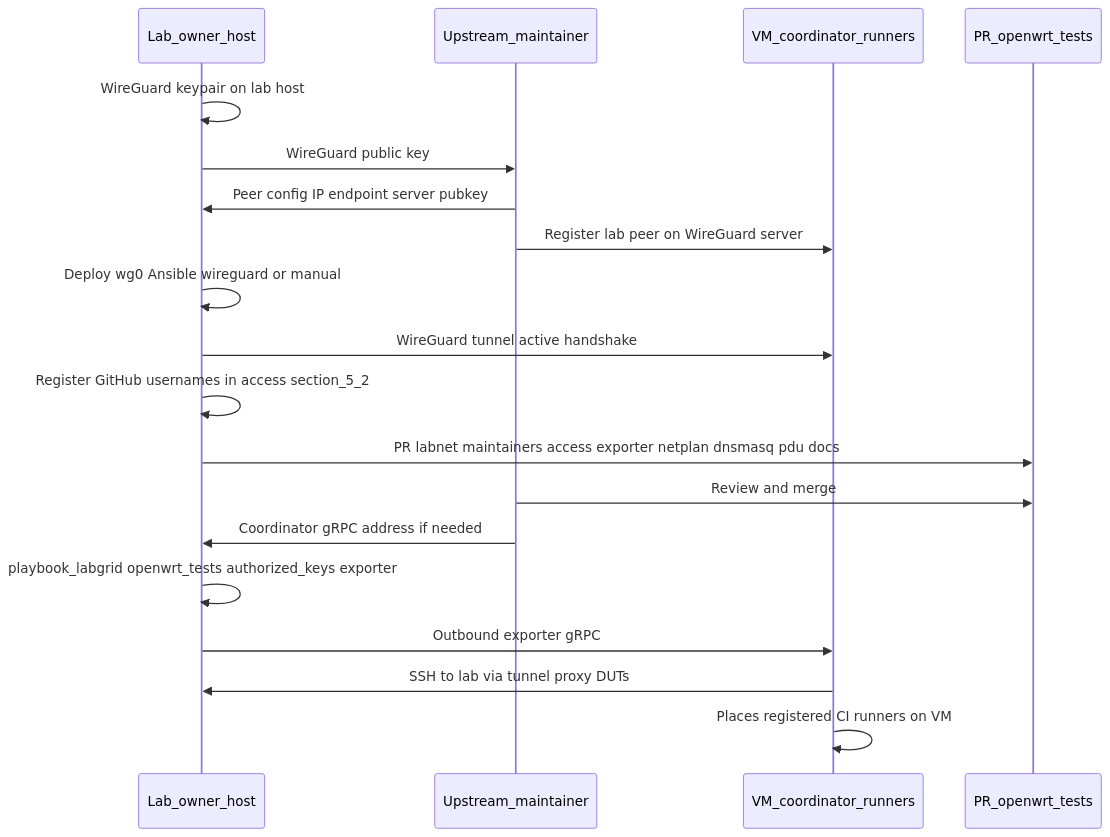
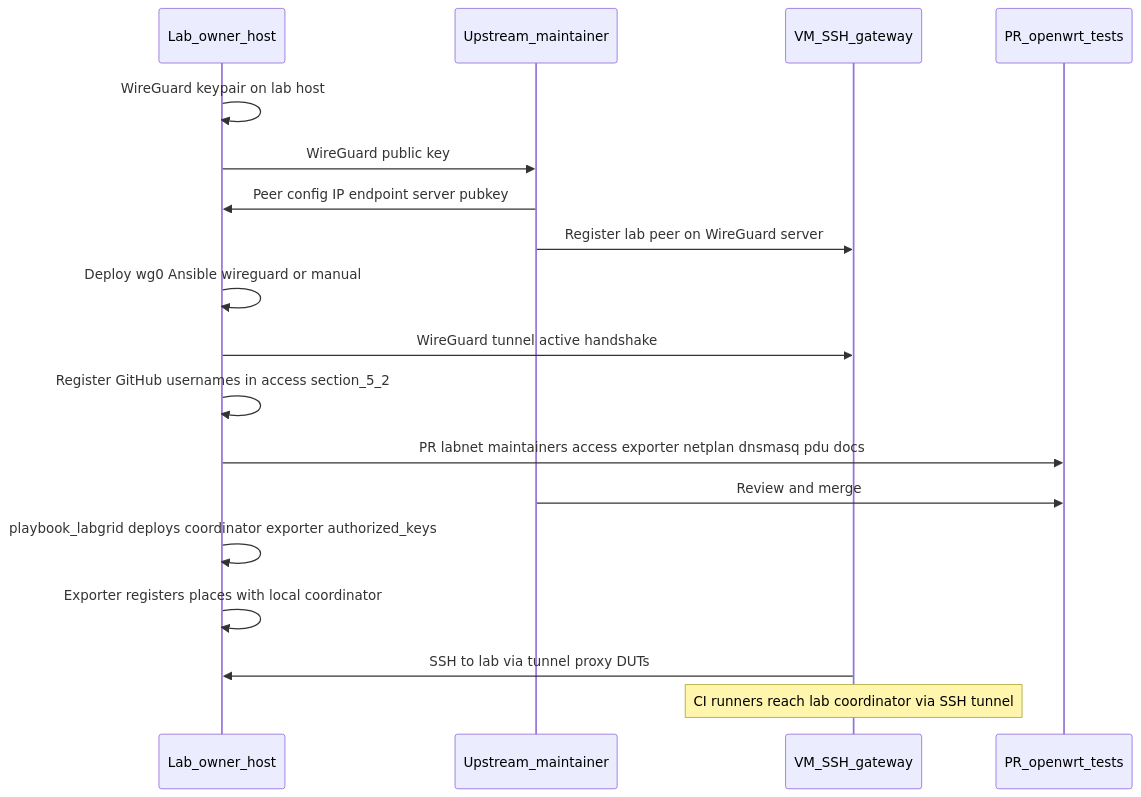
Before and after one commit to ccasanueva7/fcefyn_testbed_utils: the second of 2 diagrams in docs/diseno/openwrt-tests-onboarding.md, drawn with Mermaid. The commit also changed other lines of this file and 9 other files, not shown here.

````diff
--- a/docs/diseno/openwrt-tests-onboarding.md
+++ b/docs/diseno/openwrt-tests-onboarding.md
@@ -186,22 +193,21 @@
 ```mermaid
 sequenceDiagram
     participant Lab as Lab_owner_host
     participant Maint as Upstream_maintainer
-    participant DC as VM_coordinator_runners
+    participant DC as VM_SSH_gateway
     participant PR as PR_openwrt_tests
 
     Lab->>Lab: WireGuard keypair on lab host
     Lab->>Maint: WireGuard public key
     Maint->>Lab: Peer config IP endpoint server pubkey
     Maint->>DC: Register lab peer on WireGuard server
     Lab->>Lab: Deploy wg0 Ansible wireguard or manual
     Lab->>DC: WireGuard tunnel active handshake
     Lab->>Lab: Register GitHub usernames in access section_5_2
     Lab->>PR: PR labnet maintainers access exporter netplan dnsmasq pdu docs
     Maint->>PR: Review and merge
-    Maint->>Lab: Coordinator gRPC address if needed
-    Lab->>Lab: playbook_labgrid openwrt_tests authorized_keys exporter
-    Lab->>DC: Outbound exporter gRPC
+    Lab->>Lab: playbook_labgrid deploys coordinator exporter authorized_keys
+    Lab->>Lab: Exporter registers places with local coordinator
     DC->>Lab: SSH to lab via tunnel proxy DUTs
-    DC->>DC: Places registered CI runners on VM
+    Note over DC: CI runners reach lab coordinator via SSH tunnel
 ```
````
